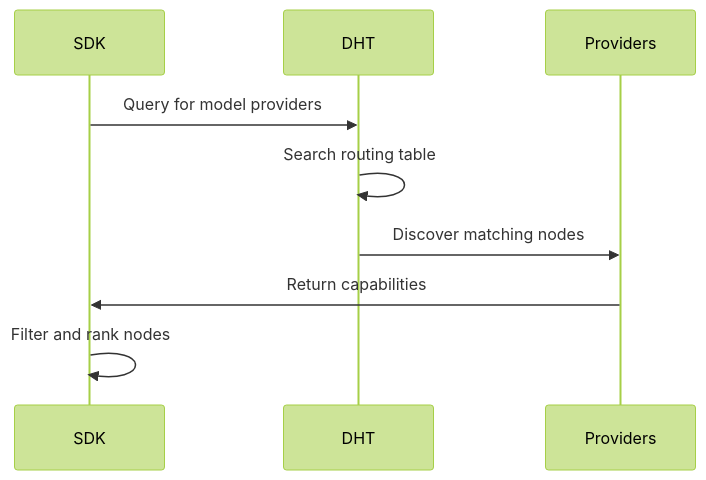
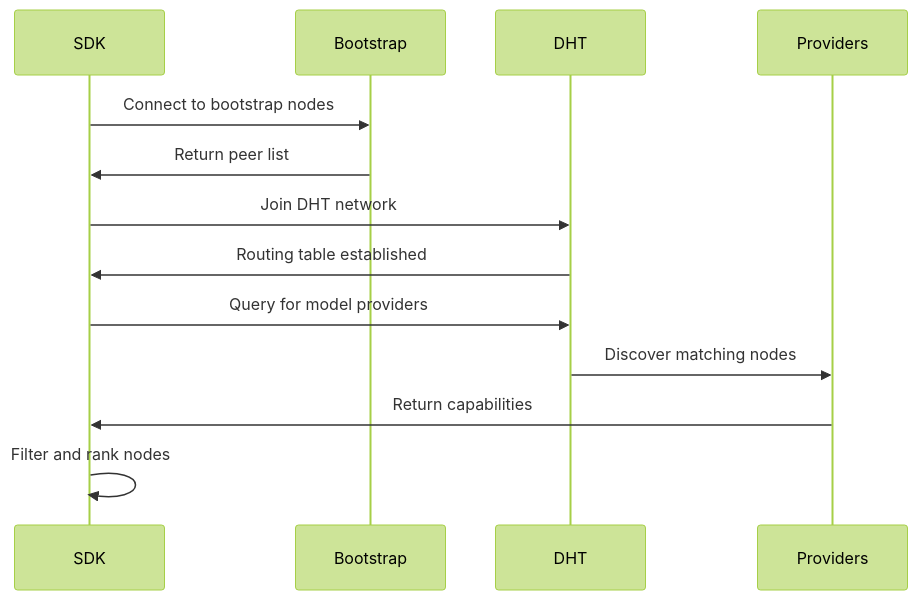
Before and after one commit to Fabstir/fabstir-llm-sdk: the fifth of 9 diagrams in docs/ARCHITECTURE.md, drawn with Mermaid (forest theme). The commit also changed other lines of this file and 5 other files, not shown here.

````diff
--- a/docs/ARCHITECTURE.md
+++ b/docs/ARCHITECTURE.md
@@ -191,12 +313,17 @@
 ```mermaid
 sequenceDiagram
     participant SDK
+    participant Bootstrap
     participant DHT
     participant Providers
     
+    SDK->>Bootstrap: Connect to bootstrap nodes
+    Bootstrap->>SDK: Return peer list
+    SDK->>DHT: Join DHT network
+    DHT->>SDK: Routing table established
+    
     SDK->>DHT: Query for model providers
-    DHT->>DHT: Search routing table
     DHT->>Providers: Discover matching nodes
     Providers->>SDK: Return capabilities
     SDK->>SDK: Filter and rank nodes
 ```
````
